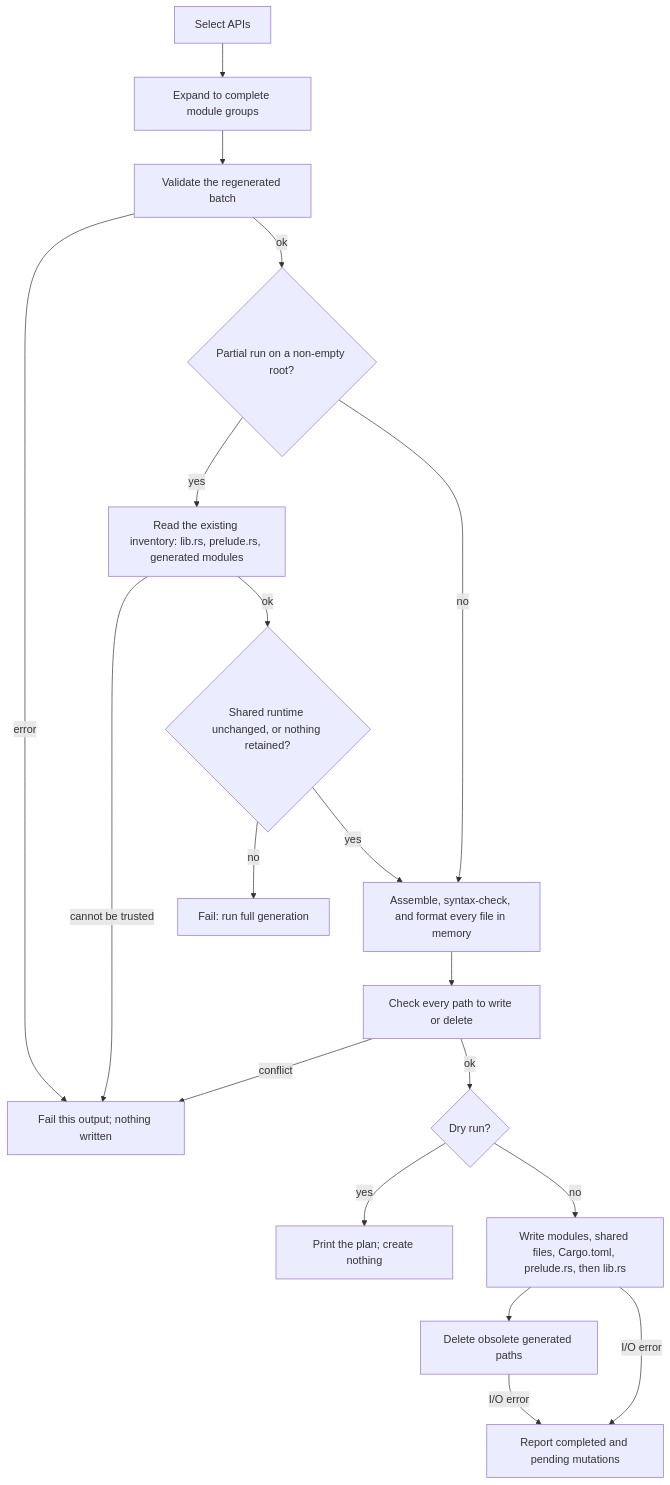
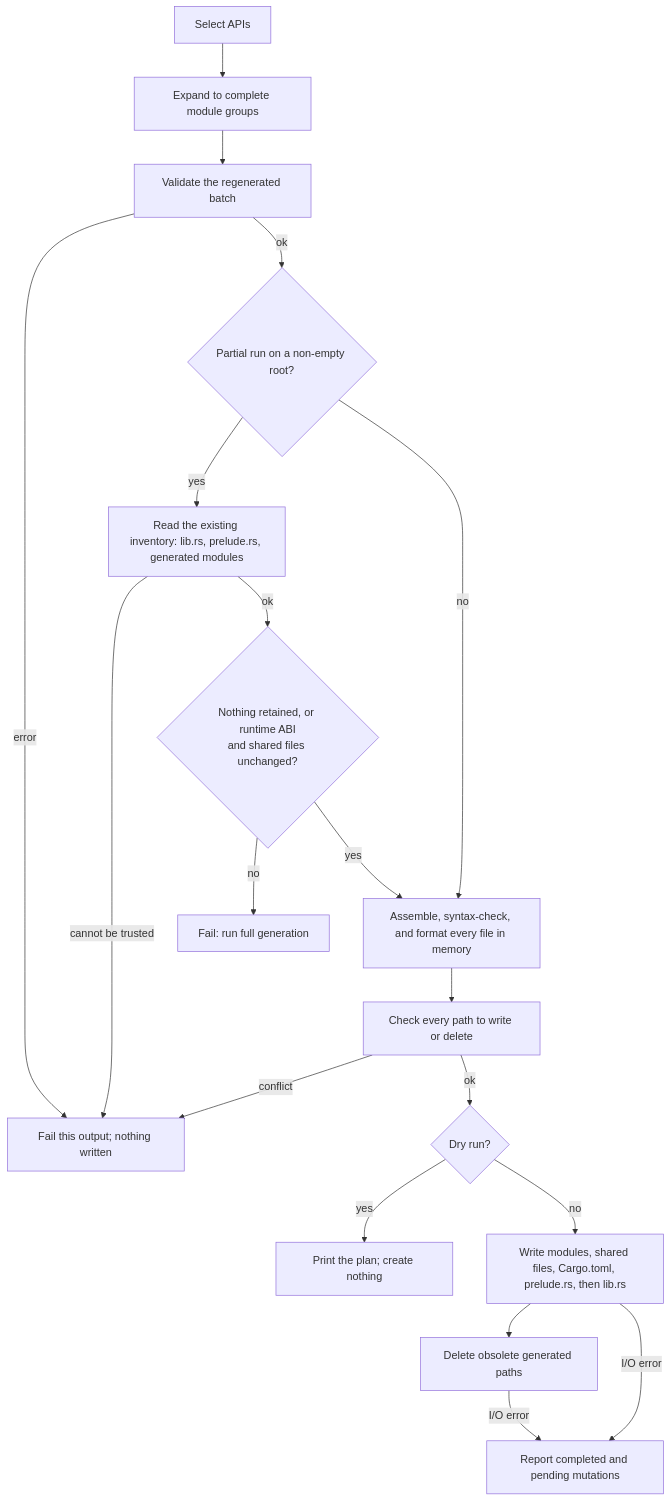
The diagram in schematic/docs/generation/partial-generation.md (yankeeinlondon/rusty-biscuit), drawn with Mermaid before and after one commit. The commit also changed other lines of this file and 5 other files, not shown here.

````diff
--- a/schematic/docs/generation/partial-generation.md
+++ b/schematic/docs/generation/partial-generation.md
@@ -58,21 +61,21 @@
 ```mermaid
 flowchart TD
     A[Select APIs] --> B[Expand to complete module groups]
     B --> V[Validate the regenerated batch]
     V -->|error| F[Fail this output; nothing written]
     V -->|ok| I{Partial run on a non-empty root?}
     I -->|yes| INV[Read the existing inventory: lib.rs, prelude.rs, generated modules]
     INV -->|cannot be trusted| F
-    INV -->|ok| C{Shared runtime unchanged, or nothing retained?}
+    INV -->|ok| C{"Nothing retained, or runtime ABI<br/>and shared files unchanged?"}
     C -->|no| FG[Fail: run full generation]
     C -->|yes| P[Assemble, syntax-check, and format every file in memory]
     I -->|no| P
     P --> O[Check every path to write or delete]
     O -->|conflict| F
     O -->|ok| D{Dry run?}
     D -->|yes| DR[Print the plan; create nothing]
     D -->|no| W[Write modules, shared files, Cargo.toml, prelude.rs, then lib.rs]
     W --> X[Delete obsolete generated paths]
     W -->|I/O error| R[Report completed and pending mutations]
     X -->|I/O error| R
 ```
````
